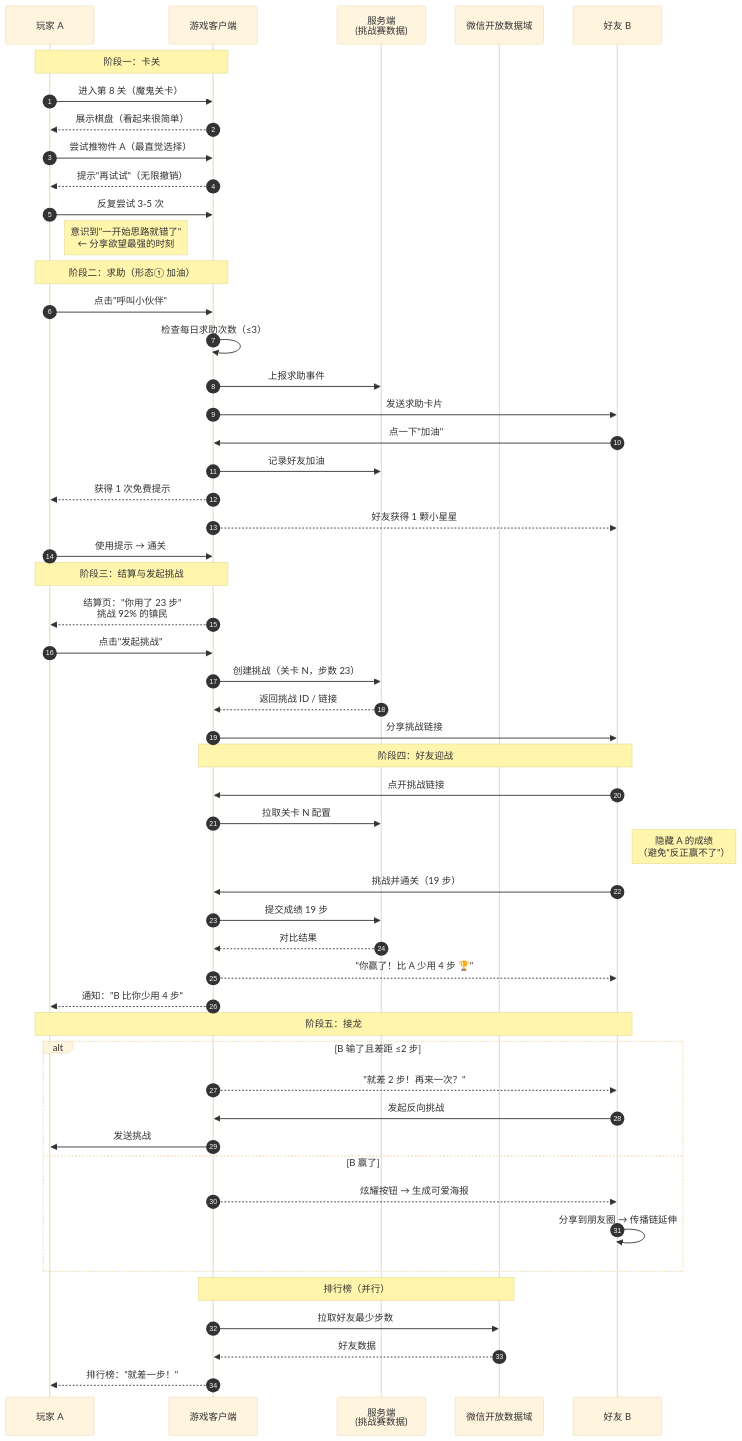
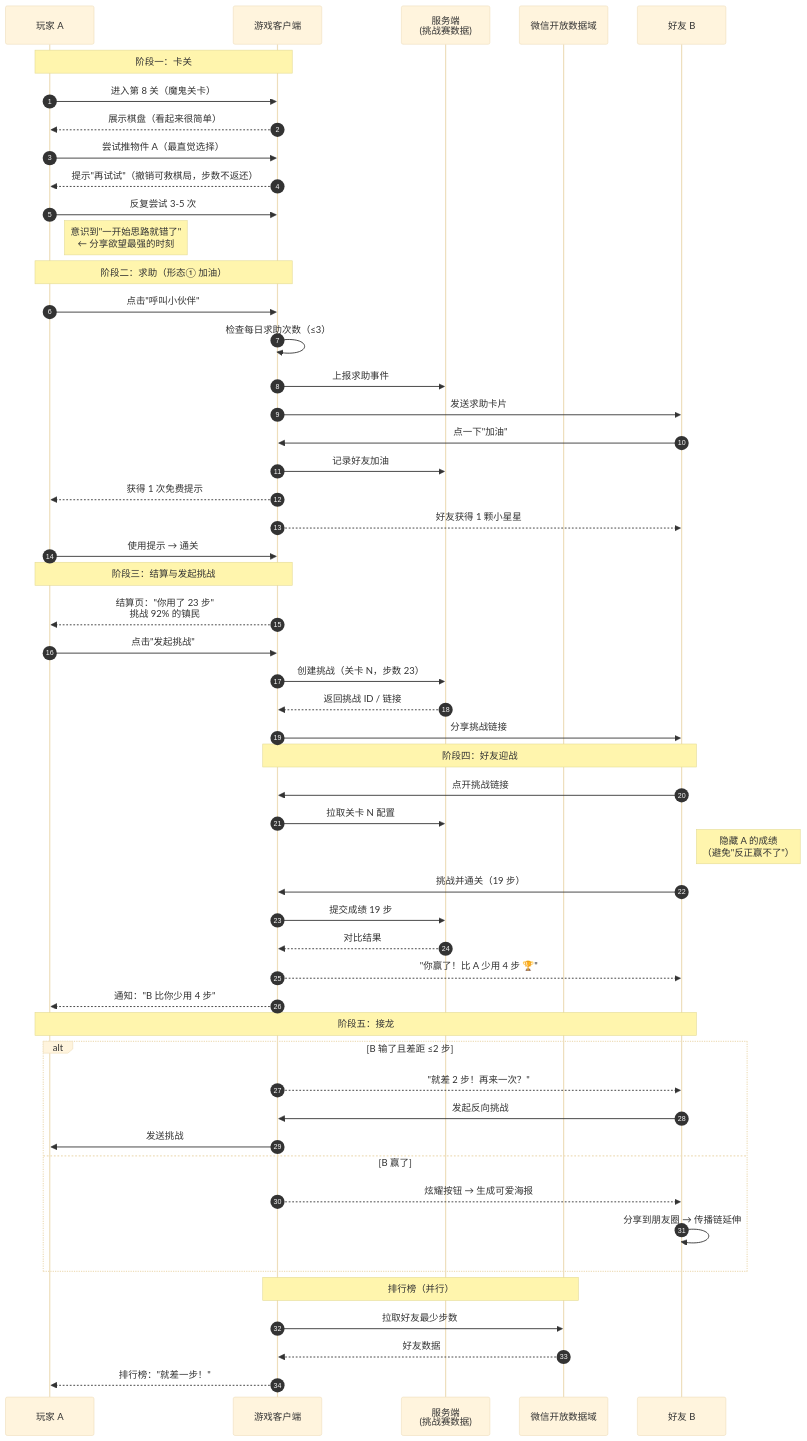
The second of 8 diagrams in docs/02-flowcharts.md (yuanbo-wang/game_box), drawn with Mermaid (base theme) before and after one commit. The commit also changed other lines of this file and 4 other files, not shown here.

````diff
--- a/docs/02-flowcharts.md
+++ b/docs/02-flowcharts.md
@@ -67,60 +69,60 @@
 ```mermaid
 sequenceDiagram
     autonumber
     participant P as 玩家 A
     participant G as 游戏客户端
     participant S as 服务端<br/>(挑战赛数据)
     participant W as 微信开放数据域
     participant F as 好友 B
 
     Note over P,G: 阶段一：卡关
     P->>G: 进入第 8 关（魔鬼关卡）
     G-->>P: 展示棋盘（看起来很简单）
     P->>G: 尝试推物件 A（最直觉选择）
-    G-->>P: 提示"再试试"（无限撤销）
+    G-->>P: 提示"再试试"（撤销可救棋局，步数不返还）
     P->>G: 反复尝试 3-5 次
     Note right of P: 意识到"一开始思路就错了"<br/>← 分享欲望最强的时刻
 
     Note over P,G: 阶段二：求助（形态① 加油）
     P->>G: 点击"呼叫小伙伴"
     G->>G: 检查每日求助次数（≤3）
     G->>S: 上报求助事件
     G->>F: 发送求助卡片
     F->>G: 点一下"加油"
     G->>S: 记录好友加油
     G-->>P: 获得 1 次免费提示
     G-->>F: 好友获得 1 颗小星星
     P->>G: 使用提示 → 通关
 
     Note over P,G: 阶段三：结算与发起挑战
     G-->>P: 结算页："你用了 23 步"<br/>挑战 92% 的镇民
     P->>G: 点击"发起挑战"
     G->>S: 创建挑战（关卡 N，步数 23）
     S-->>G: 返回挑战 ID / 链接
     G->>F: 分享挑战链接
 
     Note over F,G: 阶段四：好友迎战
     F->>G: 点开挑战链接
     G->>S: 拉取关卡 N 配置
     Note right of F: 隐藏 A 的成绩<br/>（避免"反正赢不了"）
     F->>G: 挑战并通关（19 步）
     G->>S: 提交成绩 19 步
     S-->>G: 对比结果
     G-->>F: "你赢了！比 A 少用 4 步 🏆"
     G-->>P: 通知："B 比你少用 4 步"
 
     Note over P,F: 阶段五：接龙
     alt B 输了且差距 ≤2 步
         G-->>F: "就差 2 步！再来一次？"
         F->>G: 发起反向挑战
         G->>P: 发送挑战
     else B 赢了
         G-->>F: 炫耀按钮 → 生成可爱海报
         F->>F: 分享到朋友圈 → 传播链延伸
     end
 
     Note over W,G: 排行榜（并行）
     G->>W: 拉取好友最少步数
     W-->>G: 好友数据
     G-->>P: 排行榜："就差一步！"
 ```
````
